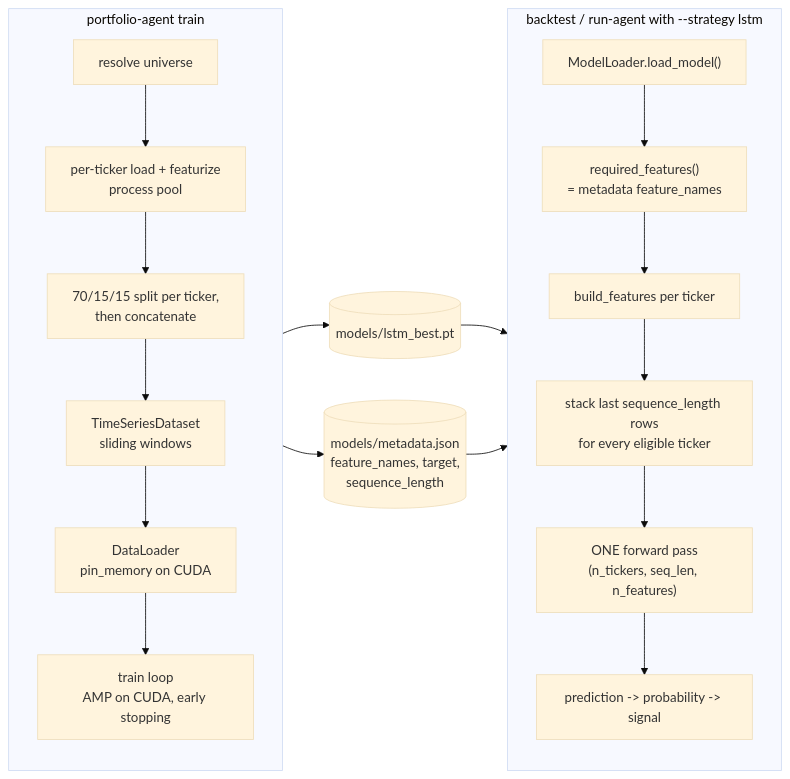
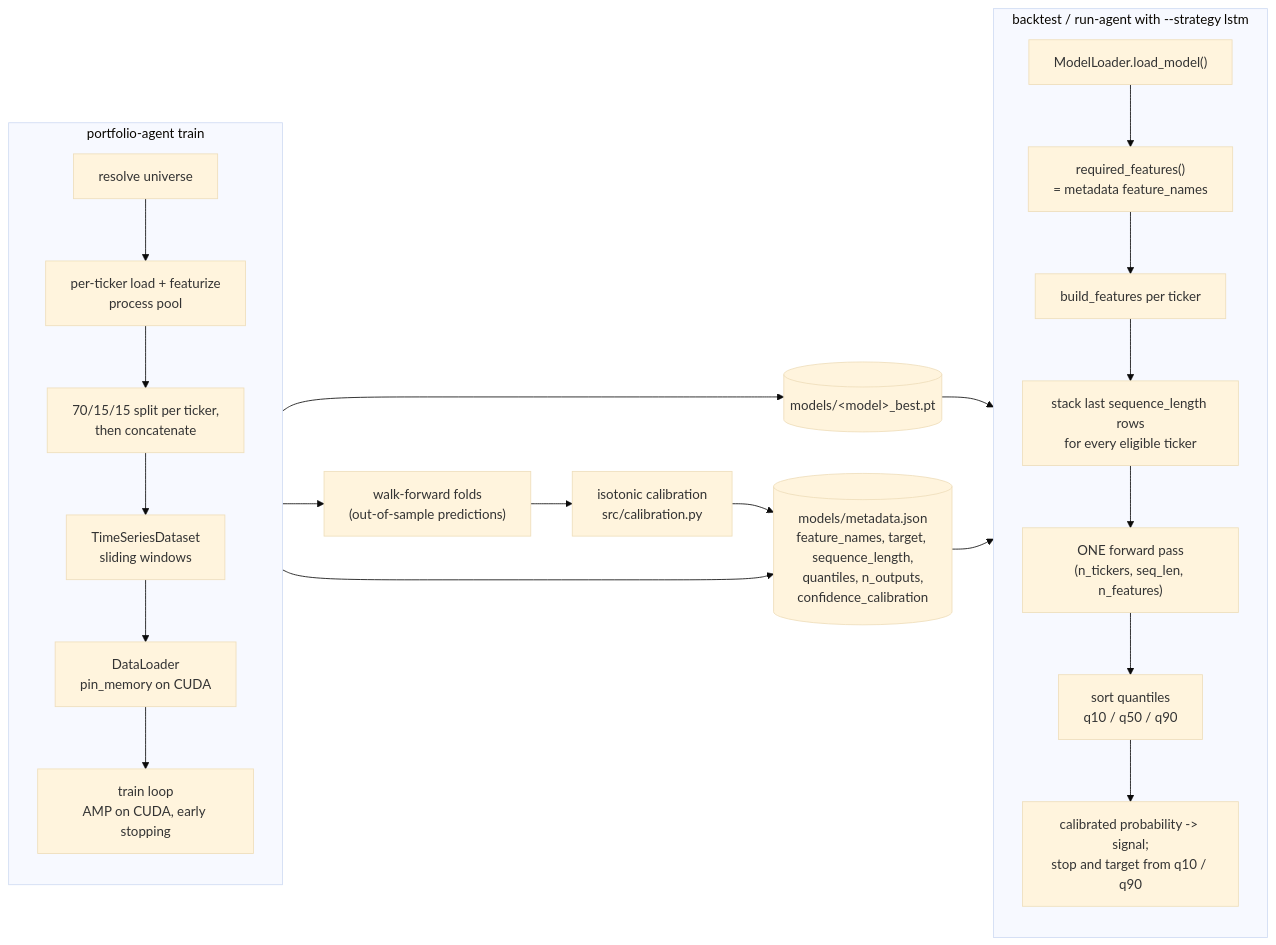
The eighth of 15 diagrams in docs/ARCHITECTURE.md (3dwag98/afa), drawn with Mermaid (base theme) before and after one commit. The commit also changed other lines of this file and 3 other files, not shown here.

First line of the commit message:
Align ARCHITECTURE and STRATEGIES with the current framework

````diff
--- a/docs/ARCHITECTURE.md
+++ b/docs/ARCHITECTURE.md
@@ -339,26 +343,30 @@
 ```mermaid
 flowchart LR
     subgraph train["portfolio-agent train"]
         direction TB
         T1["resolve universe"] --> T2["per-ticker load + featurize<br/>process pool"]
         T2 --> T3["70/15/15 split per ticker,<br/>then concatenate"]
         T3 --> T4["TimeSeriesDataset<br/>sliding windows"]
         T4 --> T5["DataLoader<br/>pin_memory on CUDA"]
         T5 --> T6["train loop<br/>AMP on CUDA, early stopping"]
     end
 
-    T6 --> CKPT[("models/lstm_best.pt")]
-    T6 --> META[("models/metadata.json<br/>feature_names, target,<br/>sequence_length")]
+    T5 --> WF["walk-forward folds<br/>(out-of-sample predictions)"]
+    WF --> CAL["isotonic calibration<br/>src/calibration.py"]
+    T6 --> CKPT[("models/&lt;model&gt;_best.pt")]
+    T6 --> META[("models/metadata.json<br/>feature_names, target, sequence_length,<br/>quantiles, n_outputs,<br/>confidence_calibration")]
+    CAL --> META
 
     subgraph infer["backtest / run-agent with --strategy lstm"]
         direction TB
         L["ModelLoader.load_model()"] --> RF["required_features()<br/>= metadata feature_names"]
         RF --> BF["build_features per ticker"]
         BF --> STACK["stack last sequence_length rows<br/>for every eligible ticker"]
         STACK --> FWD["ONE forward pass<br/>(n_tickers, seq_len, n_features)"]
-        FWD --> P["prediction -> probability -> signal"]
+        FWD --> Q["sort quantiles<br/>q10 / q50 / q90"]
+        Q --> P["calibrated probability -> signal;<br/>stop and target from q10 / q90"]
     end
 
     CKPT --> L
     META --> L
 ```
````
